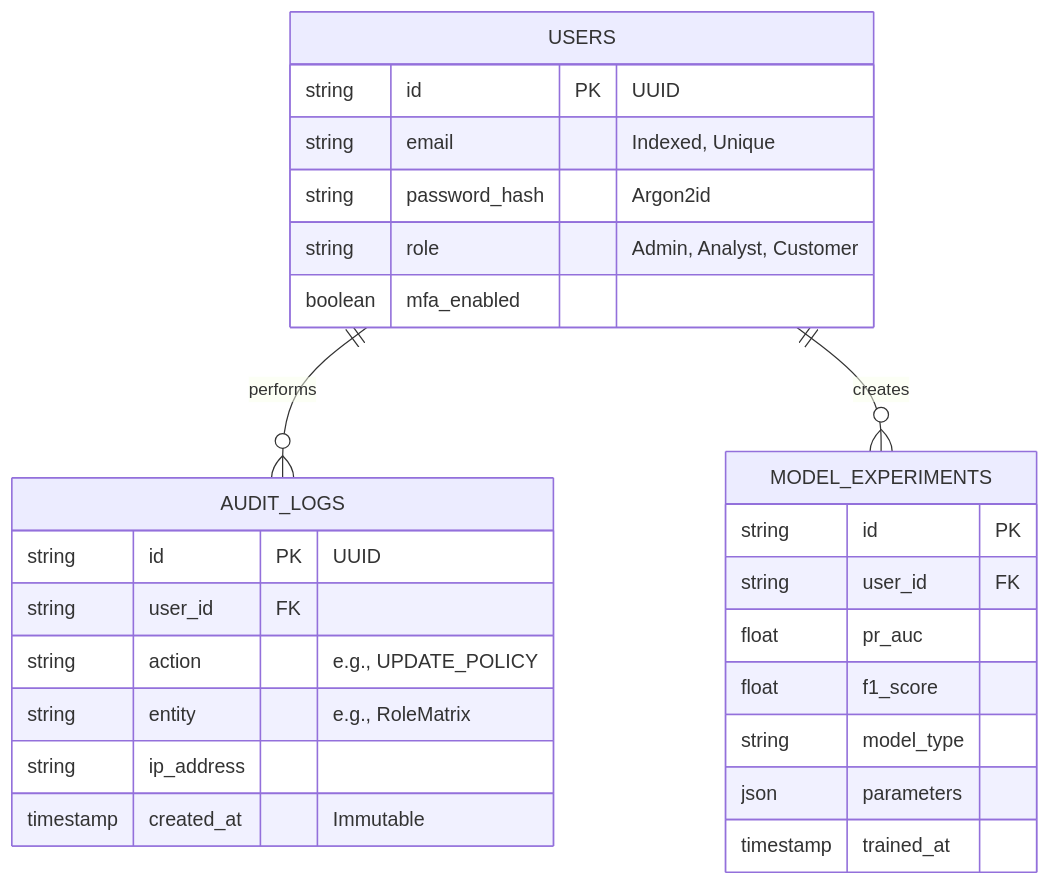
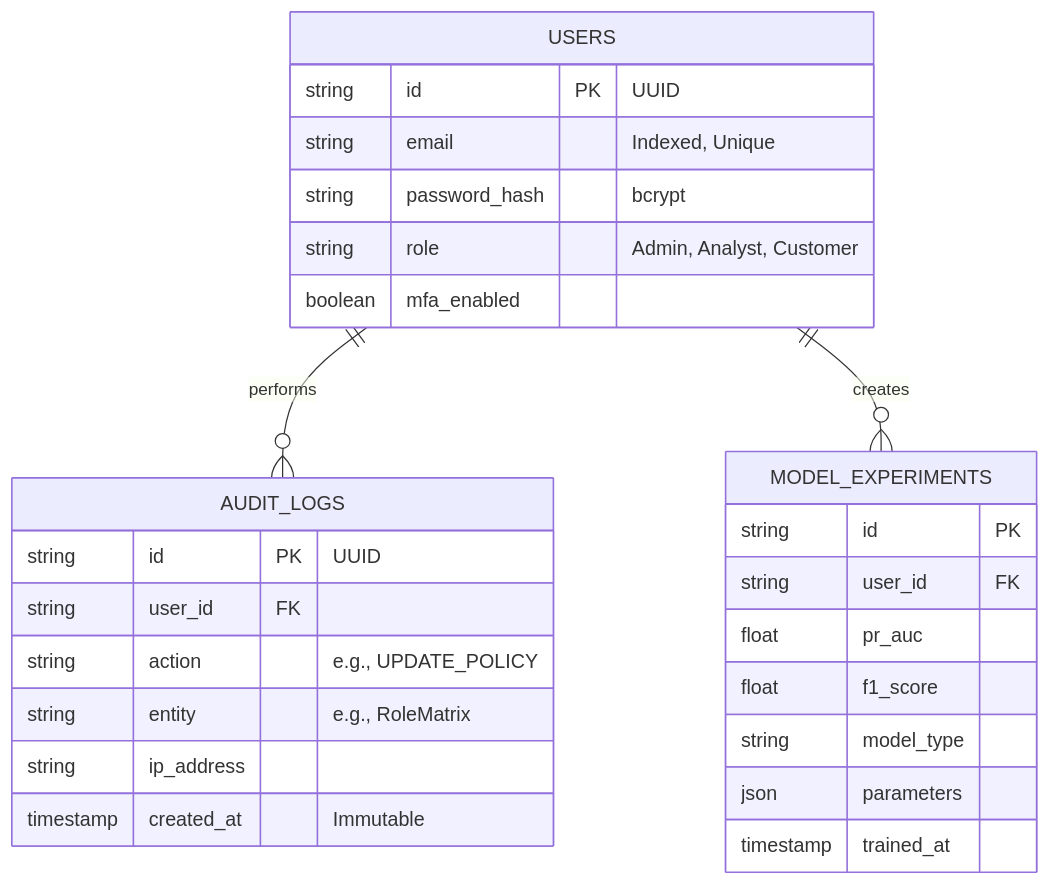
Before and after one commit to JagabattulaKarthikeya-1227/FraudShield-AI: the diagram in docs/DATABASE_SCHEMA.md, drawn with Mermaid. The commit also changed other lines of this file and 16 other files, not shown here.

Commit message:
fix: resolve failing tests, pin numpy, fix test mocks, and update architecture docs

````diff
--- a/docs/DATABASE_SCHEMA.md
+++ b/docs/DATABASE_SCHEMA.md
@@ -7,32 +7,32 @@
 ```mermaid
 erDiagram
     USERS ||--o{ AUDIT_LOGS : performs
     USERS ||--o{ MODEL_EXPERIMENTS : creates
     
     USERS {
         string id PK "UUID"
         string email "Indexed, Unique"
-        string password_hash "Argon2id"
+        string password_hash "bcrypt"
         string role "Admin, Analyst, Customer"
         boolean mfa_enabled
     }
     
     AUDIT_LOGS {
         string id PK "UUID"
         string user_id FK
         string action "e.g., UPDATE_POLICY"
         string entity "e.g., RoleMatrix"
         string ip_address
         timestamp created_at "Immutable"
     }
     
     MODEL_EXPERIMENTS {
         string id PK
         string user_id FK
         float pr_auc
         float f1_score
         string model_type
         json parameters
         timestamp trained_at
     }
 ```
````
